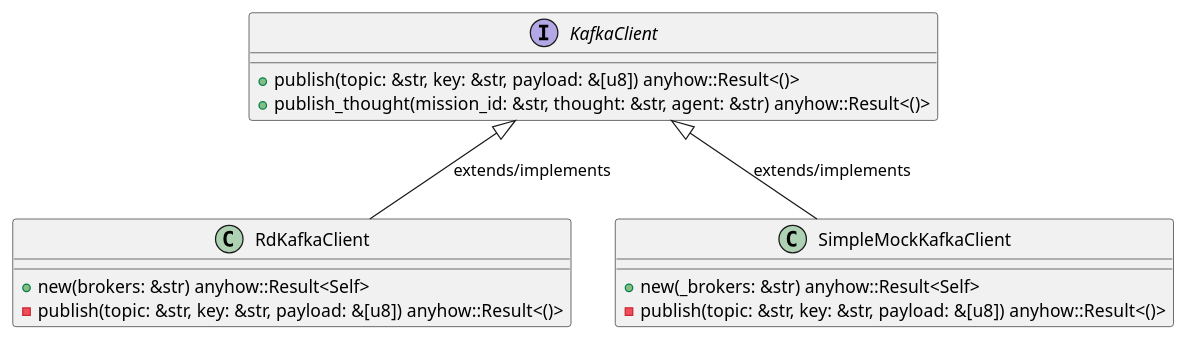
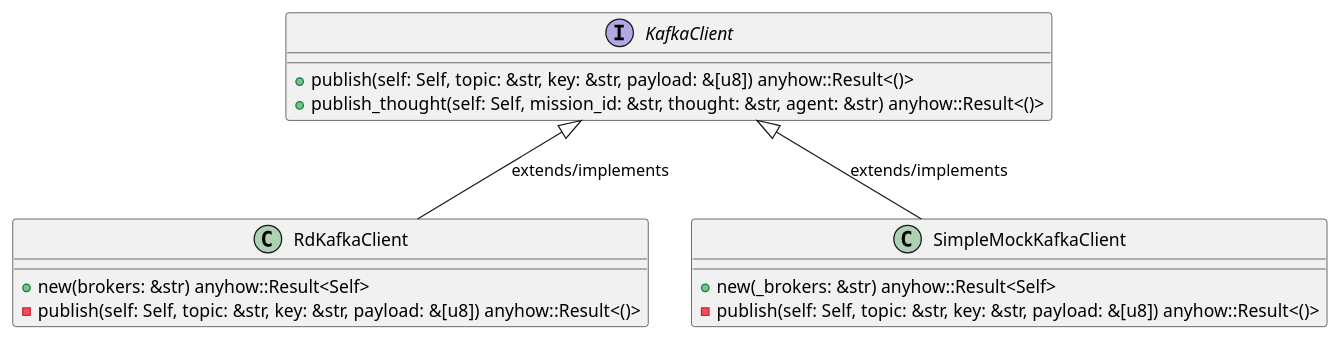
One commit to lgcorzo/rust_CACD_autonomous_factory changed the first of 6 diagrams in openwiki/crates_factory_infrastructure_src_kafka.md. Above: the diagram before and after it, drawn with PlantUML. The commit also changed other lines of this file and 95 other files, not shown here.

````diff
--- a/openwiki/crates_factory_infrastructure_src_kafka.md
+++ b/openwiki/crates_factory_infrastructure_src_kafka.md
@@ -183,19 +185,19 @@
 ```plantuml
 @startuml
 interface KafkaClient {
-    +publish(topic: &str, key: &str, payload: &[u8]) anyhow::Result<()>
-    +publish_thought(mission_id: &str, thought: &str, agent: &str) anyhow::Result<()>
+    +publish(self: Self, topic: &str, key: &str, payload: &[u8]) anyhow::Result<()>
+    +publish_thought(self: Self, mission_id: &str, thought: &str, agent: &str) anyhow::Result<()>
 }
 class RdKafkaClient {
     +new(brokers: &str) anyhow::Result<Self>
-    -publish(topic: &str, key: &str, payload: &[u8]) anyhow::Result<()>
+    -publish(self: Self, topic: &str, key: &str, payload: &[u8]) anyhow::Result<()>
 }
 KafkaClient <|-- RdKafkaClient : extends/implements
 class SimpleMockKafkaClient {
     +new(_brokers: &str) anyhow::Result<Self>
-    -publish(topic: &str, key: &str, payload: &[u8]) anyhow::Result<()>
+    -publish(self: Self, topic: &str, key: &str, payload: &[u8]) anyhow::Result<()>
 }
 KafkaClient <|-- SimpleMockKafkaClient : extends/implements
 @enduml
 
 ```
````
